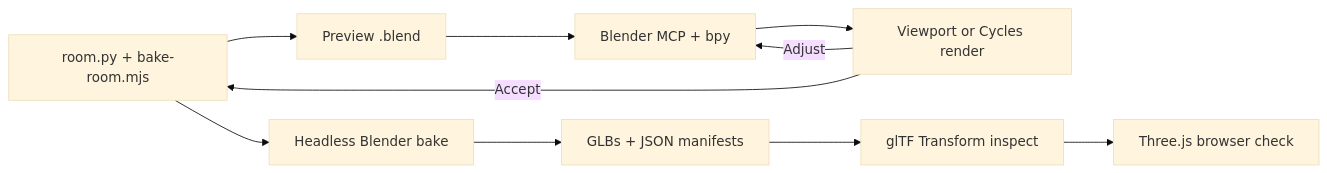
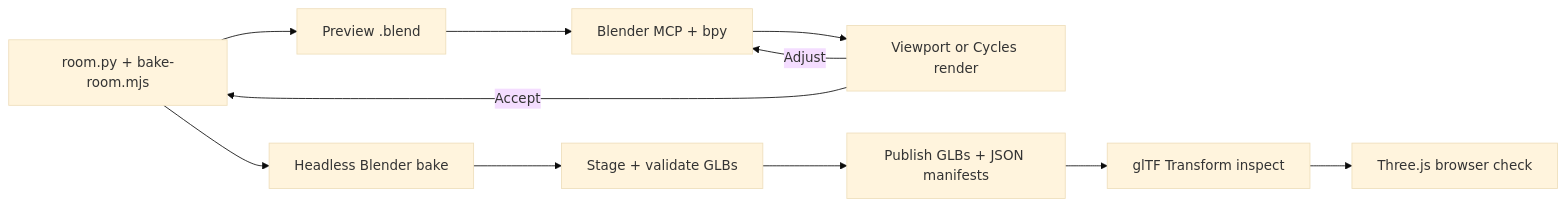
The diagram in docs/room-workflow.md (enitrat/blog), drawn with Mermaid (base theme) before and after one commit. The commit also changed other lines of this file and 13 other files, not shown here.

````diff
--- a/docs/room-workflow.md
+++ b/docs/room-workflow.md
@@ -6,12 +6,13 @@
 ```mermaid
 flowchart LR
 	S["room.py + bake-room.mjs"] --> P["Preview .blend"]
 	P --> M["Blender MCP + bpy"]
 	M --> J["Viewport or Cycles render"]
 	J -->|Adjust| M
 	J -->|Accept| S
 	S --> B["Headless Blender bake"]
-	B --> A["GLBs + JSON manifests"]
+	B --> V["Stage + validate GLBs"]
+	V --> A["Publish GLBs + JSON manifests"]
 	A --> I["glTF Transform inspect"]
 	I --> T["Three.js browser check"]
 ```
````
